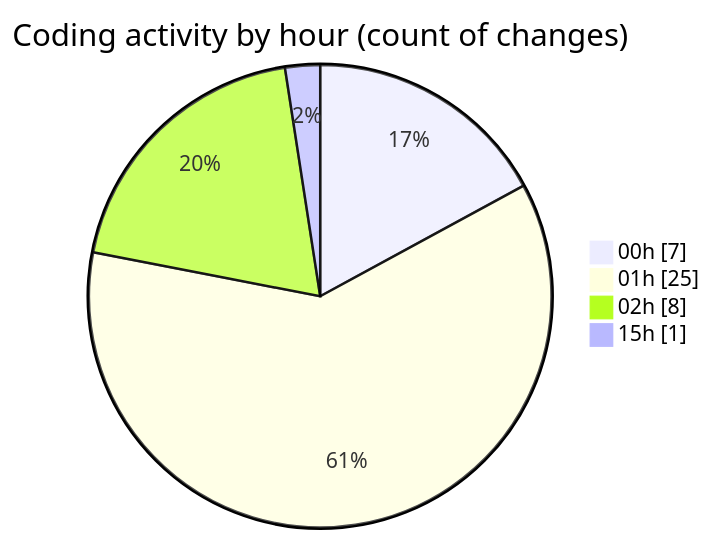
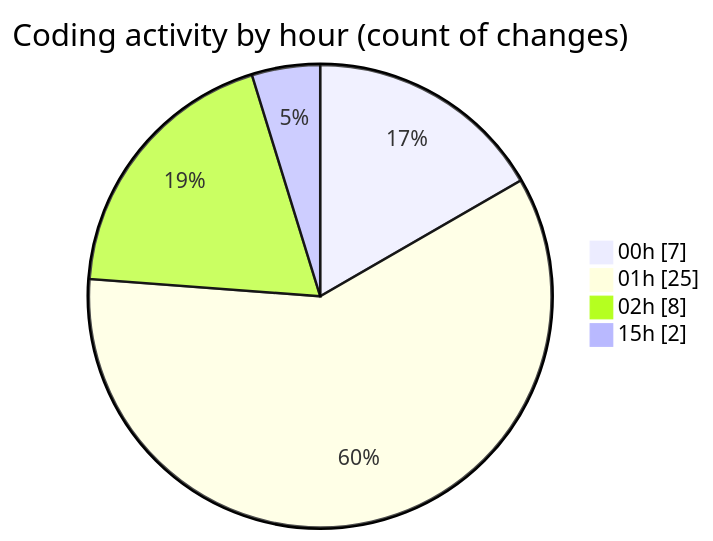
One commit to EIIisD/code-tracking changed the second of 2 diagrams in 2025-08-06/tw-server/README.md. Above: the diagram before and after it, drawn with Mermaid. The commit also changed other lines of this file and 1 other file, not shown here.

````diff
--- a/2025-08-06/tw-server/README.md
+++ b/2025-08-06/tw-server/README.md
@@ -40,8 +42,8 @@
 ```mermaid
 pie showData
 title Coding activity by hour (count of changes)
 "00h" : 7
 "01h" : 25
 "02h" : 8
-"15h" : 1
+"15h" : 2
 ```
````
